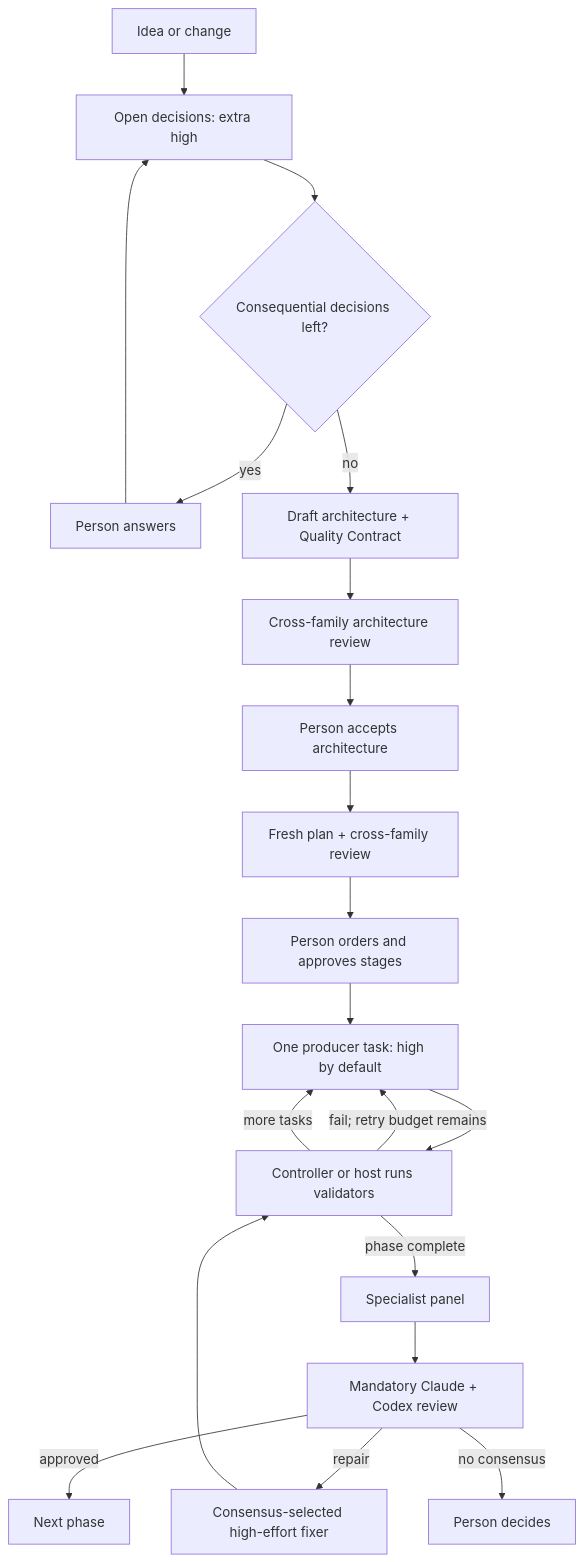
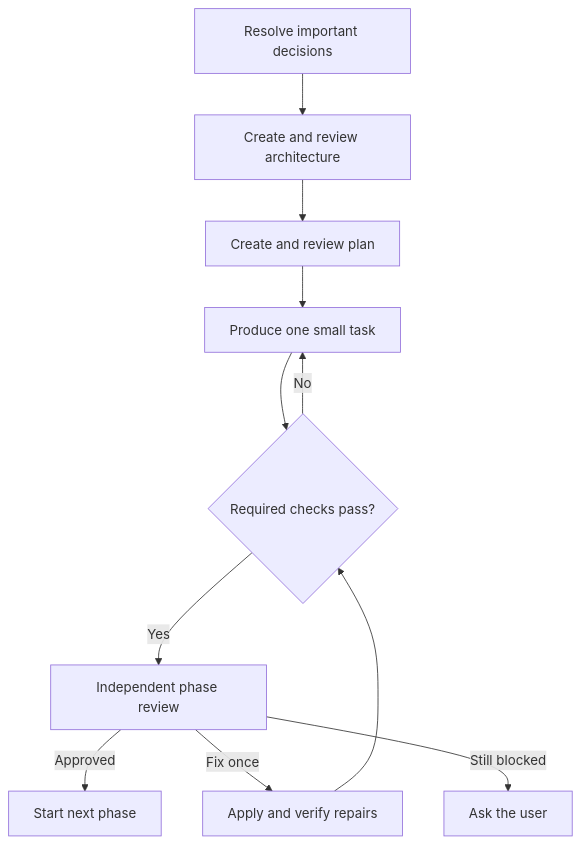
One commit to gabrielmongefranco/peerfoil changed the diagram in docs/PeerFoil-Method.md. Above: the diagram before and after it, drawn with Mermaid. The commit also changed other lines of this file and 9 other files, not shown here.

````diff
--- a/docs/PeerFoil-Method.md
+++ b/docs/PeerFoil-Method.md
@@ -235,22 +133,13 @@
 ```mermaid
 flowchart TD
-    I["Idea or change"] --> E["Open decisions: extra high"]
-    E --> Q{"Consequential decisions left?"}
-    Q -->|yes| U["Person answers"]
-    U --> E
-    Q -->|no| A["Draft architecture + Quality Contract"]
-    A --> AR["Cross-family architecture review"]
-    AR --> AU["Person accepts architecture"]
-    AU --> P["Fresh plan + cross-family review"]
-    P --> PO["Person orders and approves stages"]
-    PO --> C["One producer task: high by default"]
-    C --> G["Controller or host runs validators"]
-    G -->|fail; retry budget remains| C
-    G -->|more tasks| C
-    G -->|phase complete| S["Specialist panel"]
-    S --> R["Mandatory Claude + Codex review"]
-    R -->|approved| N["Next phase"]
-    R -->|repair| F["Consensus-selected high-effort fixer"]
-    F --> G
-    R -->|no consensus| H["Person decides"]
+    D["Resolve important decisions"] --> A["Create and review architecture"]
+    A --> P["Create and review plan"]
+    P --> W["Produce one small task"]
+    W --> V{"Required checks pass?"}
+    V -->|No| W
+    V -->|Yes| R["Independent phase review"]
+    R -->|Approved| N["Start next phase"]
+    R -->|Fix once| F["Apply and verify repairs"]
+    F --> V
+    R -->|Still blocked| H["Ask the user"]
 ```
````
